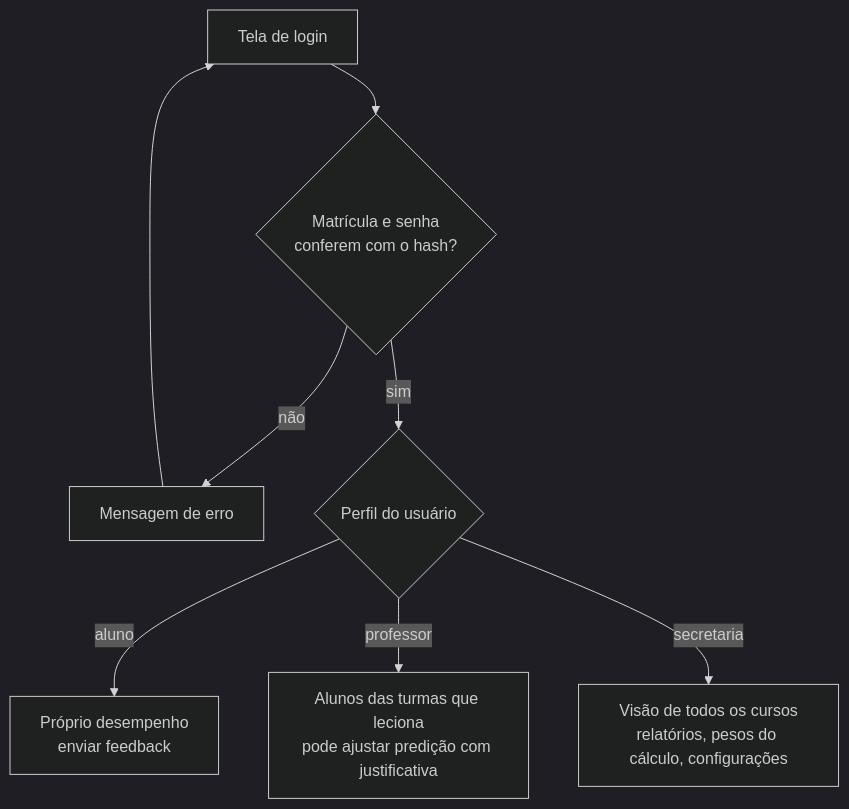
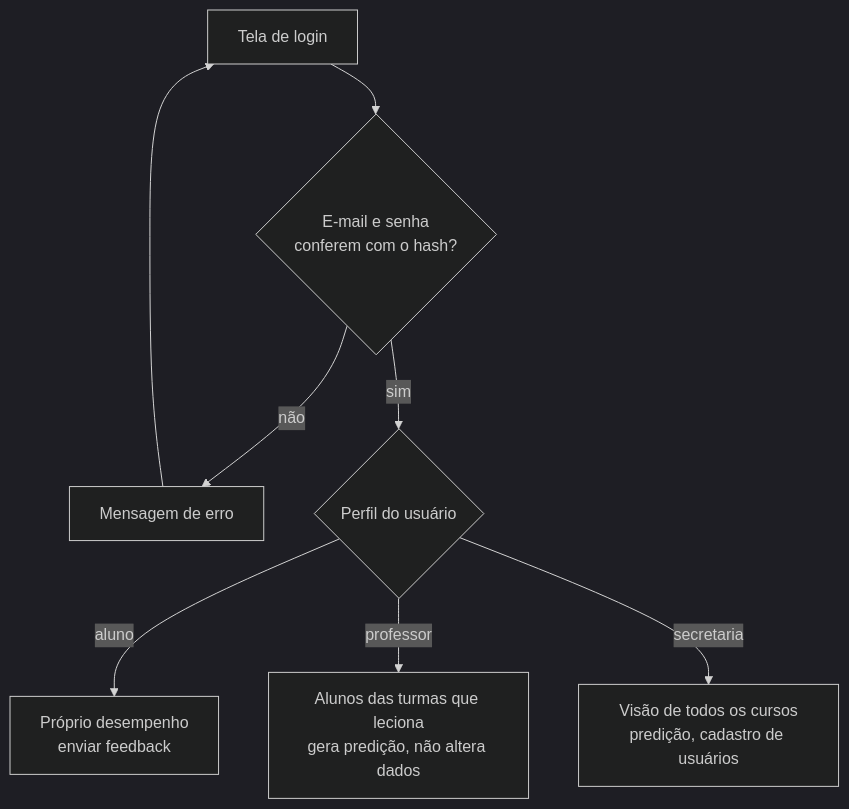
The second of 4 diagrams in readme.md (DiegoGDutra/Projeto-Espiada), drawn with Mermaid (dark theme) before and after one commit. The commit also changed other lines of this file and 5 other files, not shown here.

````diff
--- a/readme.md
+++ b/readme.md
@@ -155,9 +186,9 @@
 ```mermaid
 flowchart TD
-    A["Tela de login"] --> B{"Matrícula e senha<br/>conferem com o hash?"}
+    A["Tela de login"] --> B{"E-mail e senha<br/>conferem com o hash?"}
     B -->|não| E["Mensagem de erro"] --> A
     B -->|sim| C{"Perfil do usuário"}
     C -->|aluno| AL["Próprio desempenho<br/>enviar feedback"]
-    C -->|professor| PR["Alunos das turmas que leciona<br/>pode ajustar predição com justificativa"]
-    C -->|secretaria| SE["Visão de todos os cursos<br/>relatórios, pesos do cálculo, configurações"]
+    C -->|professor| PR["Alunos das turmas que leciona<br/>gera predição, não altera dados"]
+    C -->|secretaria| SE["Visão de todos os cursos<br/>predição, cadastro de usuários"]
 ```
````
